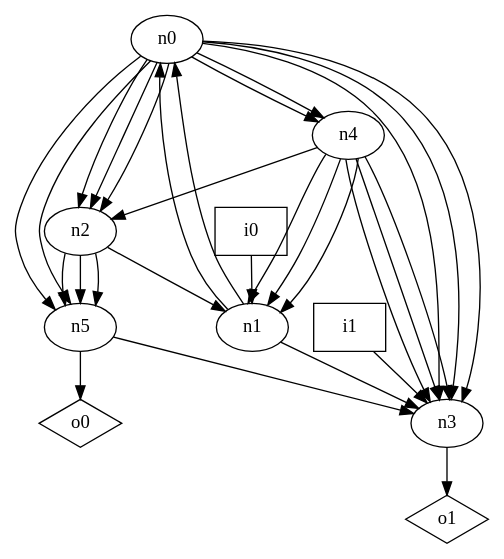
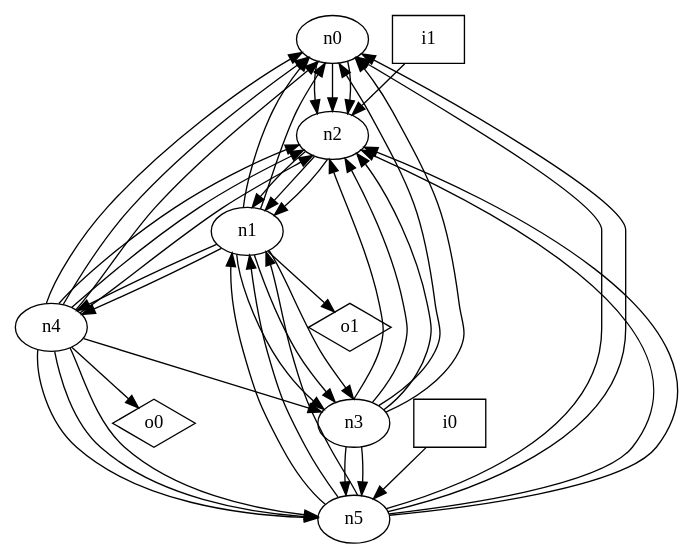
The diagram in dot_files/random_graph/oriented_loop_free_graph.dot (p9romain/bool-circuits), drawn with Graphviz before and after one commit. The commit also changed 84 other files, not shown here.

```diff
--- a/dot_files/random_graph/oriented_loop_free_graph.dot
+++ b/dot_files/random_graph/oriented_loop_free_graph.dot
@@ -1,41 +1,53 @@
 digraph G {
 n0 [label="n0"];
 n1 [label="n1"];
 n2 [label="n2"];
 n3 [label="n3"];
 n4 [label="n4"];
 n5 [label="n5"];
 n6 [label="i0",shape="box"];
 n7 [label="i1",shape="box"];
 n8 [label="o0",shape="diamond"];
 n9 [label="o1",shape="diamond"];
 n0 -> n2
 n0 -> n2
 n0 -> n2
-n0 -> n3
-n0 -> n3
-n0 -> n3
-n0 -> n4
-n0 -> n4
-n0 -> n5
-n0 -> n5
 n1 -> n0
 n1 -> n0
 n1 -> n3
+n1 -> n3
+n1 -> n3
+n1 -> n4
+n1 -> n4
+n1 -> n9
 n2 -> n1
-n2 -> n5
-n2 -> n5
-n2 -> n5
-n3 -> n9
-n4 -> n1
-n4 -> n1
-n4 -> n1
+n2 -> n1
+n2 -> n1
+n3 -> n0
+n3 -> n0
+n3 -> n2
+n3 -> n2
+n3 -> n2
+n3 -> n5
+n3 -> n5
+n4 -> n0
+n4 -> n0
+n4 -> n0
+n4 -> n2
+n4 -> n2
 n4 -> n2
 n4 -> n3
-n4 -> n3
-n4 -> n3
-n5 -> n3
-n5 -> n8
-n6 -> n1
-n7 -> n3
+n4 -> n5
+n4 -> n5
+n4 -> n5
+n4 -> n8
+n5 -> n0
+n5 -> n0
+n5 -> n1
+n5 -> n1
+n5 -> n1
+n5 -> n2
+n5 -> n2
+n6 -> n5
+n7 -> n2
 }
```
